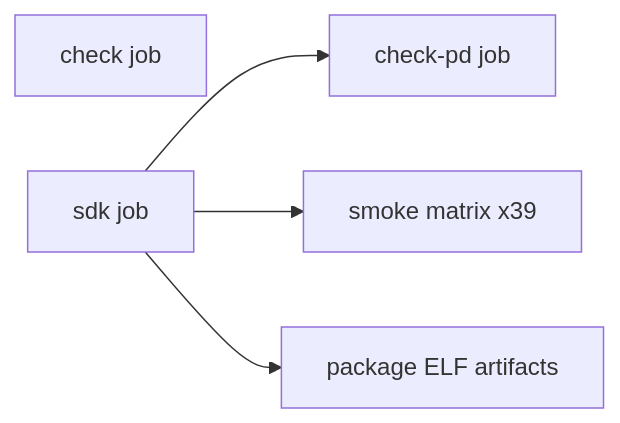
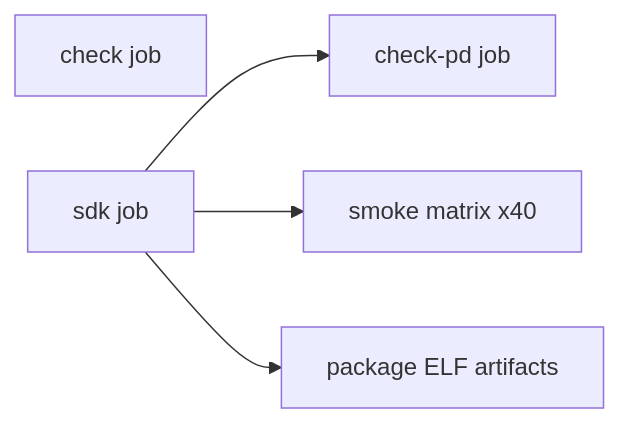
Before and after one commit to julerex/lerux: the diagram in docs/ci.md, drawn with Mermaid. The commit also changed other lines of this file and 32 other files, not shown here.

````diff
--- a/docs/ci.md
+++ b/docs/ci.md
@@ -13,11 +13,11 @@
 ```mermaid
 flowchart LR
   check[check job]
   sdk[sdk job]
   checkPd[check-pd job]
-  smoke[smoke matrix x39]
+  smoke[smoke matrix x40]
   package[package ELF artifacts]
   sdk --> checkPd
   sdk --> smoke
   sdk --> package
 ```
````
